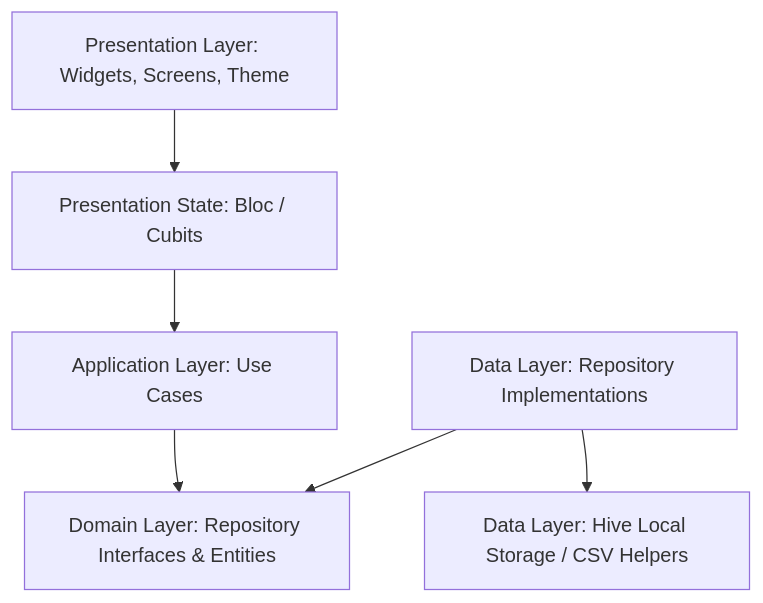
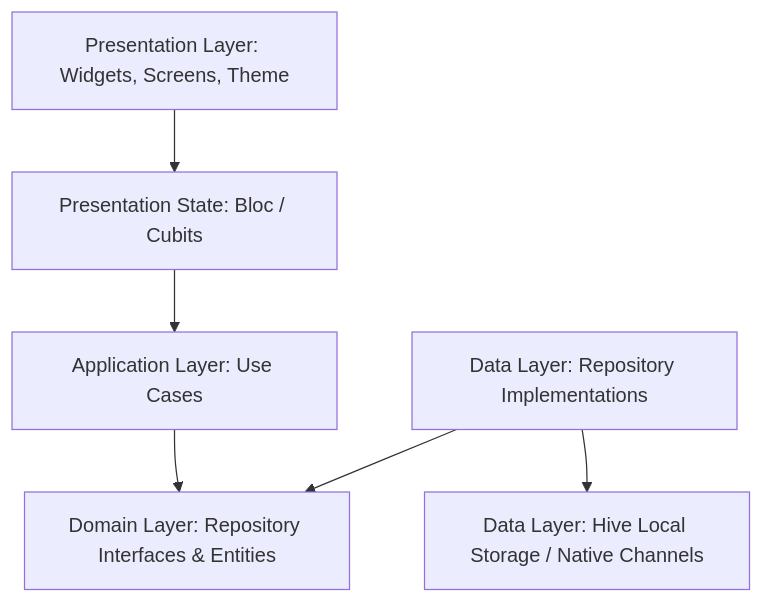
One commit to jakegithub24/MoneyMan-App changed the diagram in README.md. Above: the diagram before and after it, drawn with Mermaid. The commit also changed other lines of this file, not shown here.

````diff
--- a/README.md
+++ b/README.md
@@ -77,8 +91,8 @@
 ```mermaid
 graph TD
-    UI[Presentation Layer: Widgets, Screens, Theme] --> Cubit[Presentation State: Bloc / Cubits]
-    Cubit --> UseCases[Application Layer: Use Cases]
-    UseCases --> Repositories[Domain Layer: Repository Interfaces & Entities]
-    DataRepos[Data Layer: Repository Implementations] --> Repositories
-    DataRepos --> DataSources[Data Layer: Hive Local Storage / CSV Helpers]
+    UI["Presentation Layer: Widgets, Screens, Theme"] --> Cubit["Presentation State: Bloc / Cubits"]
+    Cubit --> UseCases["Application Layer: Use Cases"]
+    UseCases --> Repositories["Domain Layer: Repository Interfaces & Entities"]
+    DataRepos["Data Layer: Repository Implementations"] --> Repositories
+    DataRepos --> DataSources["Data Layer: Hive Local Storage / Native Channels"]
 ```
````
